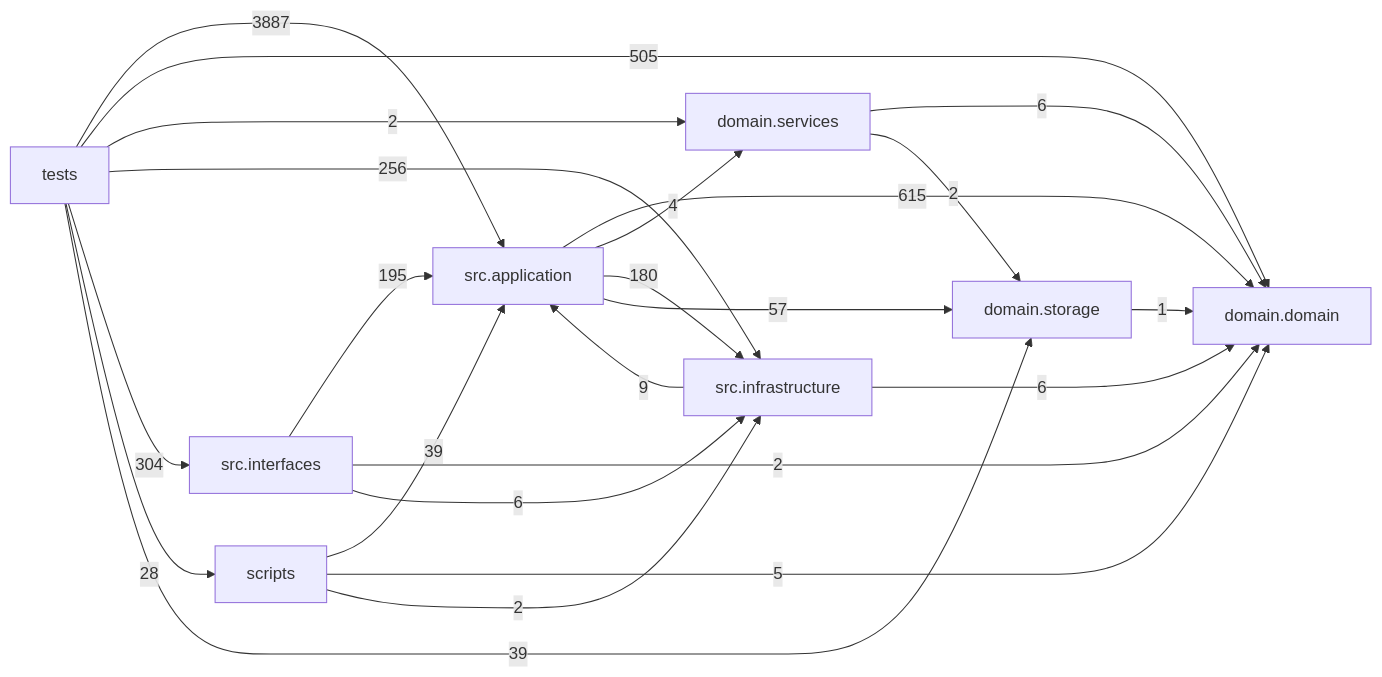
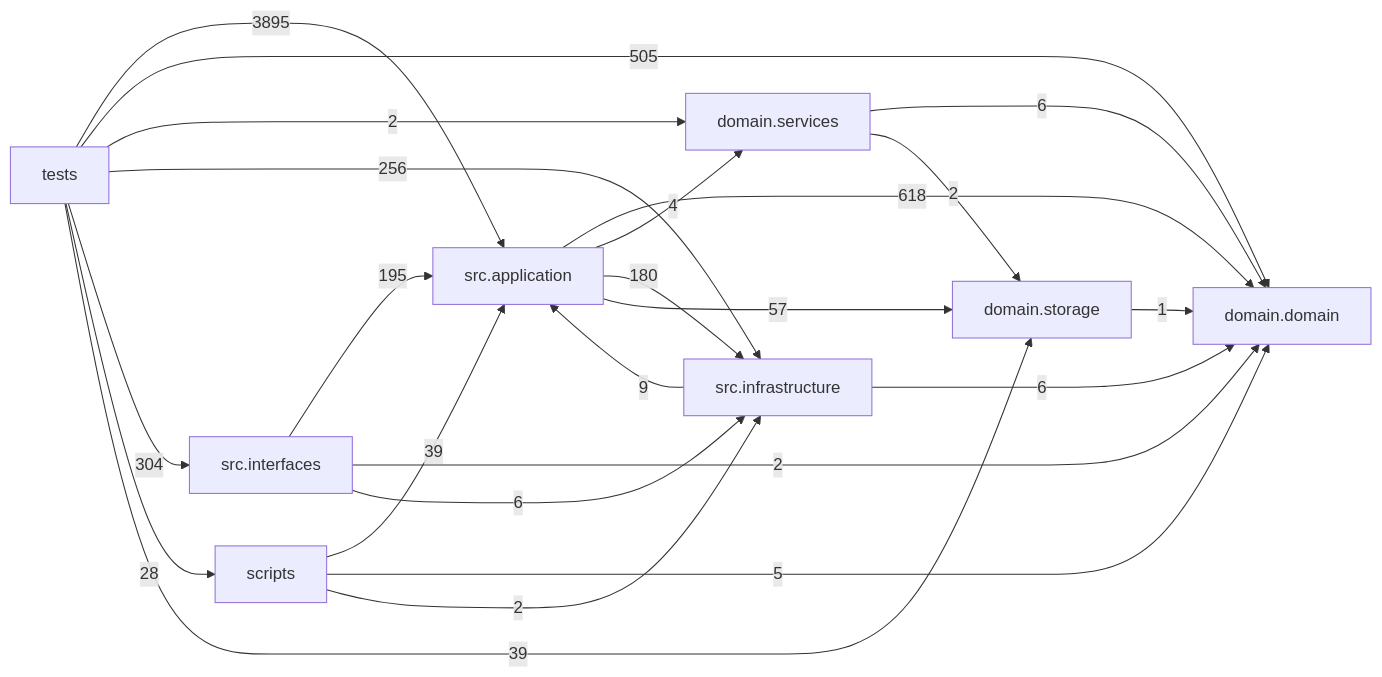
Before and after one commit to liuxie066/options-monitor: the diagram in docs/DEPENDENCY_GRAPH.md, drawn with Mermaid. The commit also changed other lines of this file and 29 other files, not shown here.

````diff
--- a/docs/DEPENDENCY_GRAPH.md
+++ b/docs/DEPENDENCY_GRAPH.md
@@ -24,33 +24,33 @@
 ```mermaid
 flowchart LR
   tests["tests"]
   scripts["scripts"]
   interfaces["src.interfaces"]
   application["src.application"]
   infrastructure["src.infrastructure"]
   domain_services["domain.services"]
   domain["domain.domain"]
   storage["domain.storage"]
-  application -->|615| domain
+  application -->|618| domain
   application -->|4| domain_services
   application -->|180| infrastructure
   application -->|57| storage
   domain_services -->|6| domain
   domain_services -->|2| storage
   infrastructure -->|9| application
   infrastructure -->|6| domain
   interfaces -->|195| application
   interfaces -->|2| domain
   interfaces -->|6| infrastructure
   scripts -->|39| application
   scripts -->|5| domain
   scripts -->|2| infrastructure
   storage -->|1| domain
-  tests -->|3887| application
+  tests -->|3895| application
   tests -->|505| domain
   tests -->|2| domain_services
   tests -->|256| infrastructure
   tests -->|304| interfaces
   tests -->|28| scripts
   tests -->|39| storage
 ```
````
